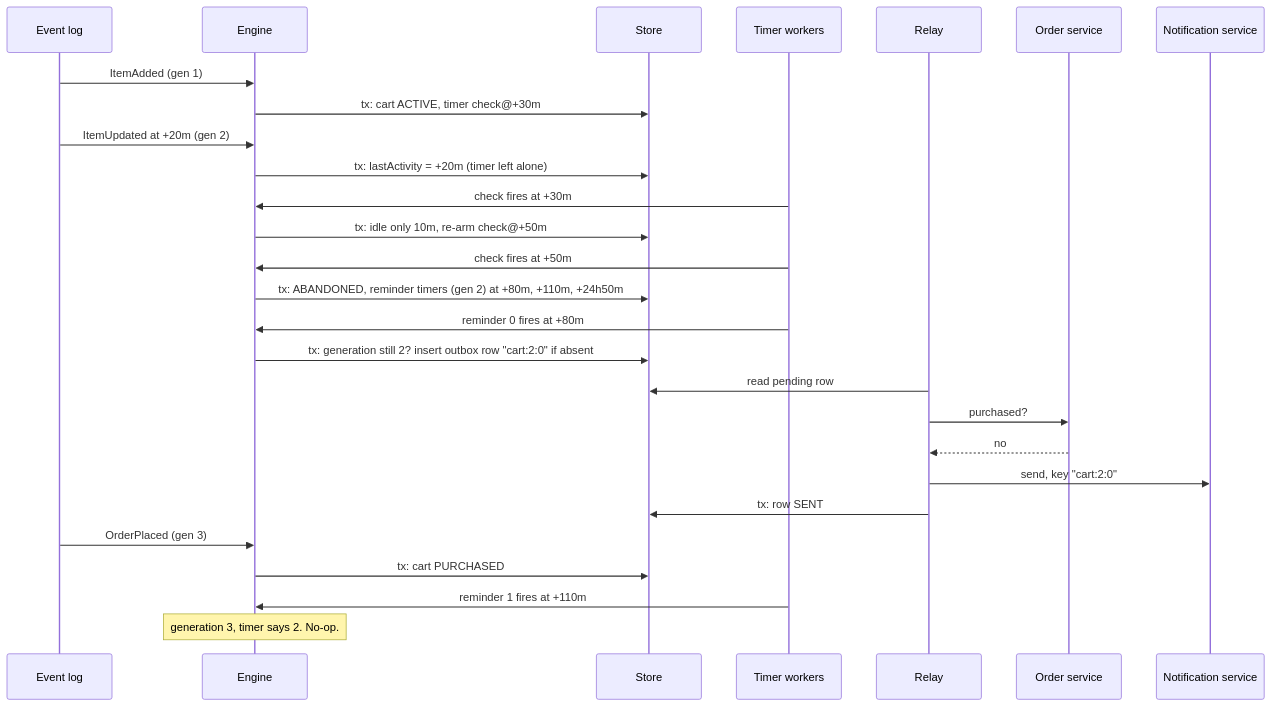
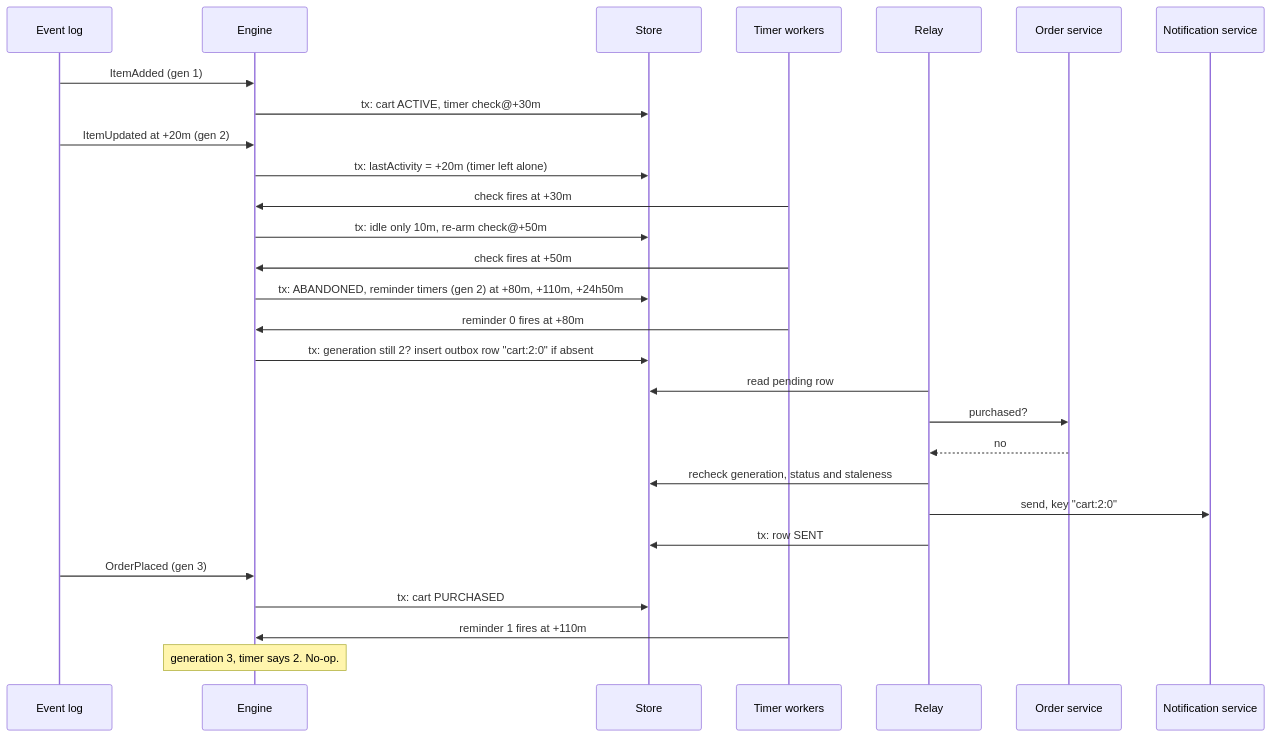
The second of 3 diagrams in docs/DESIGN.md (maheshjena1/cart-recovery), drawn with Mermaid before and after one commit. The commit also changed other lines of this file and 1 other file, not shown here.

````diff
--- a/docs/DESIGN.md
+++ b/docs/DESIGN.md
@@ -139,29 +139,30 @@
 ```mermaid
 sequenceDiagram
   participant L as Event log
   participant E as Engine
   participant S as Store
   participant T as Timer workers
   participant R as Relay
   participant O as Order service
   participant N as Notification service
   L->>E: ItemAdded (gen 1)
   E->>S: tx: cart ACTIVE, timer check@+30m
   L->>E: ItemUpdated at +20m (gen 2)
   E->>S: tx: lastActivity = +20m (timer left alone)
   T->>E: check fires at +30m
   E->>S: tx: idle only 10m, re-arm check@+50m
   T->>E: check fires at +50m
   E->>S: tx: ABANDONED, reminder timers (gen 2) at +80m, +110m, +24h50m
   T->>E: reminder 0 fires at +80m
   E->>S: tx: generation still 2? insert outbox row "cart:2:0" if absent
   R->>S: read pending row
   R->>O: purchased?
   O-->>R: no
+  R->>S: recheck generation, status and staleness
   R->>N: send, key "cart:2:0"
   R->>S: tx: row SENT
   L->>E: OrderPlaced (gen 3)
   E->>S: tx: cart PURCHASED
   T->>E: reminder 1 fires at +110m
   Note over E: generation 3, timer says 2. No-op.
 ```
````
